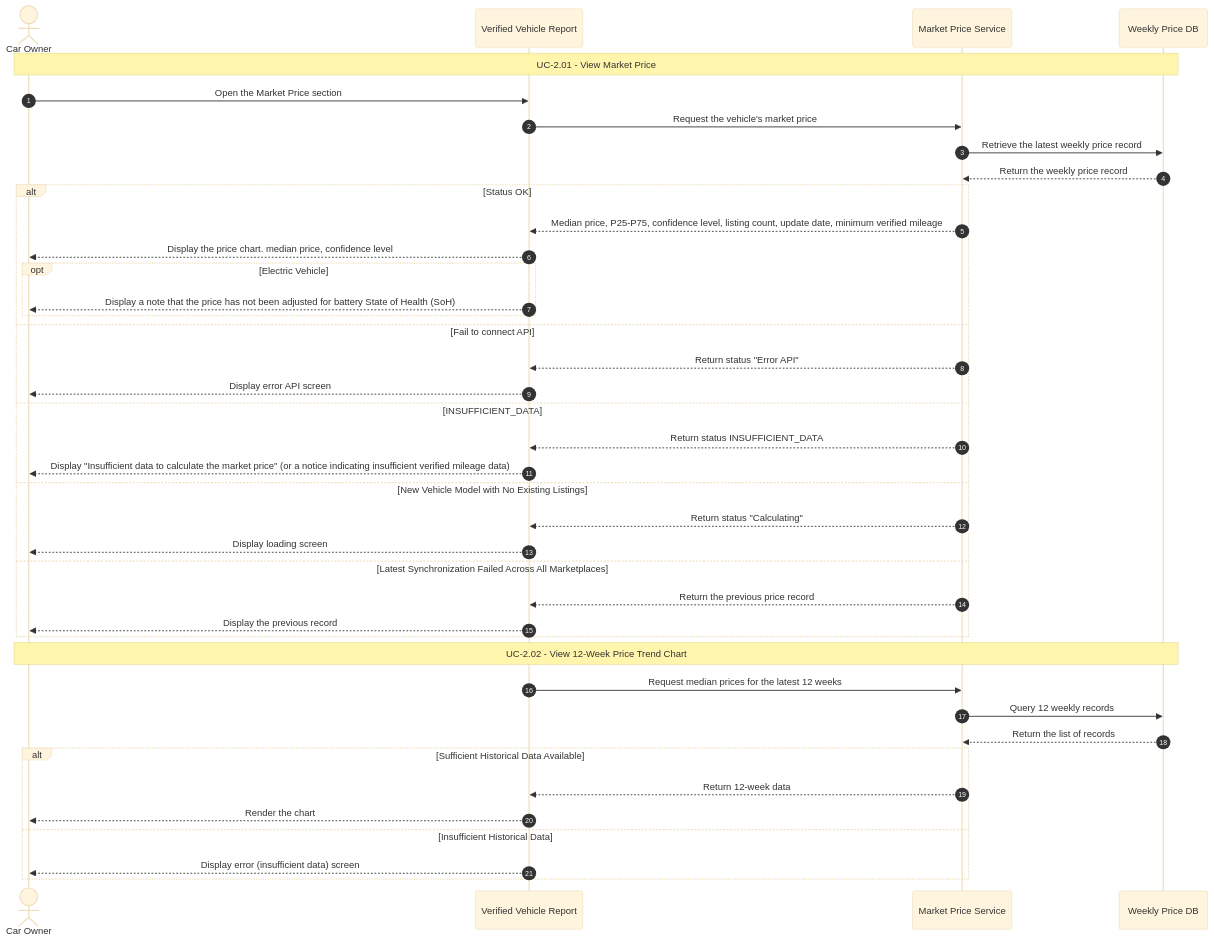
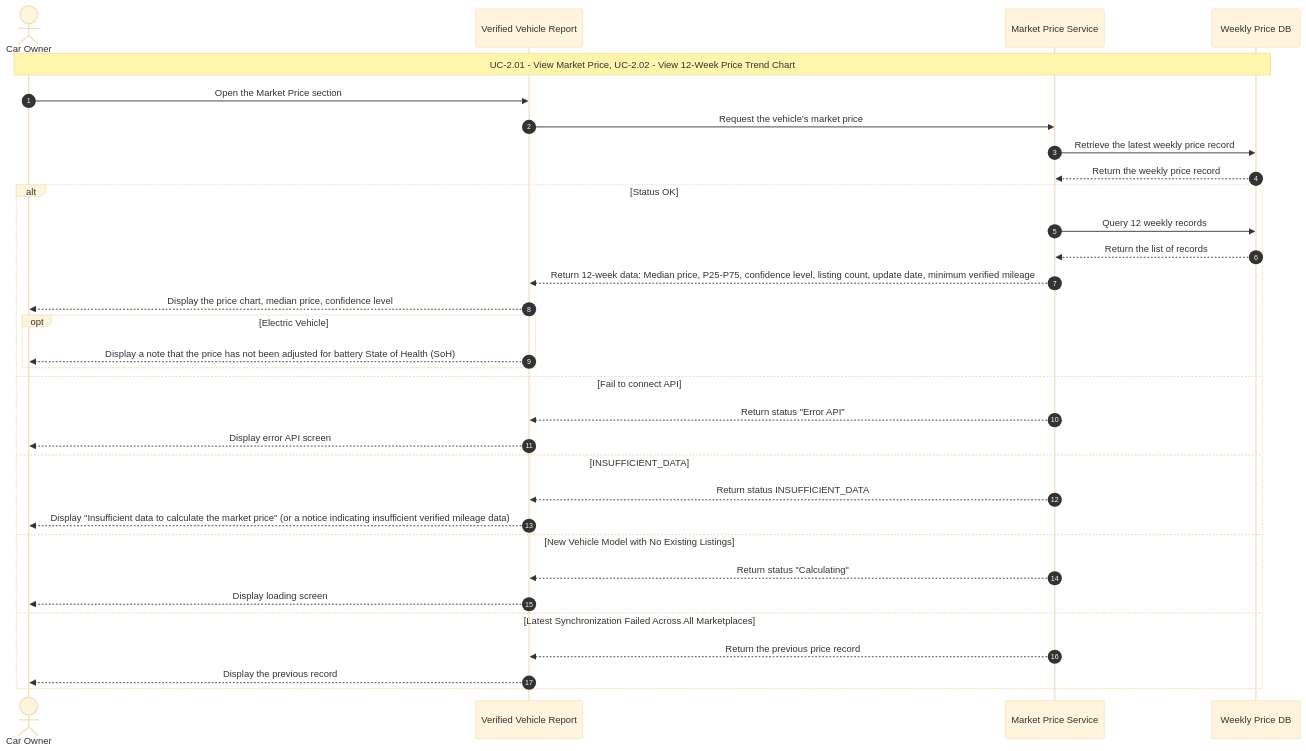
Before and after one commit to giangnhk63db/DBIZ-2_GROUP-A: the diagram in docs/use-case/sequence-diagram/S-05.md, drawn with Mermaid (base theme). The commit also changed other lines of this file, not shown here.

````diff
--- a/docs/use-case/sequence-diagram/S-05.md
+++ b/docs/use-case/sequence-diagram/S-05.md
@@ -9,46 +9,37 @@
 ```mermaid 
 sequenceDiagram
     autonumber
     actor Owner as Car Owner
     participant App as Verified Vehicle Report
     participant MP as Market Price Service
     participant DB as Weekly Price DB
 
-    Note over Owner, DB: UC-2.01 - View Market Price
+    Note over Owner, DB: UC-2.01 - View Market Price, UC-2.02 - View 12-Week Price Trend Chart
     Owner->>App: Open the Market Price section
     App->>MP: Request the vehicle's market price
     MP->>DB: Retrieve the latest weekly price record
     DB-->>MP: Return the weekly price record
 
     alt Status OK
-        MP-->>App: Median price, P25-P75, confidence level, listing count, update date, minimum verified mileage
-        App-->>Owner: Display the price chart. median price, confidence level
+        MP->>DB: Query 12 weekly records
+        DB-->>MP: Return the list of records
+        MP-->>App: Return 12-week data: Median price, P25-P75, confidence level, listing count, update date, minimum verified mileage
+        App-->>Owner: Display the price chart, median price, confidence level
         opt Electric Vehicle
             App-->>Owner: Display a note that the price has not been adjusted for battery State of Health (SoH)
         end
     else Fail to connect API
         MP-->>App: Return status "Error API"
         App-->>Owner: Display error API screen
     else INSUFFICIENT_DATA
         MP-->>App: Return status INSUFFICIENT_DATA
         App-->>Owner: Display "Insufficient data to calculate the market price" (or a notice indicating insufficient verified mileage data)
     else New Vehicle Model with No Existing Listings
         MP-->>App: Return status "Calculating"
         App-->>Owner: Display loading screen
     else Latest Synchronization Failed Across All Marketplaces
         MP-->>App: Return the previous price record
         App-->>Owner: Display the previous record 
     end
-
-    Note over Owner, DB: UC-2.02 - View 12-Week Price Trend Chart
-    App->>MP: Request median prices for the latest 12 weeks
-    MP->>DB: Query 12 weekly records
-    DB-->>MP: Return the list of records
-
-    alt Sufficient Historical Data Available
-        MP-->>App: Return 12-week data
-        App-->>Owner: Render the chart
-    else Insufficient Historical Data
-        App-->>Owner: Display error (insufficient data) screen
-    end
+    
 ```
````
